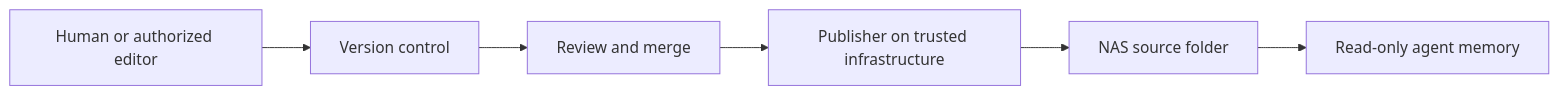
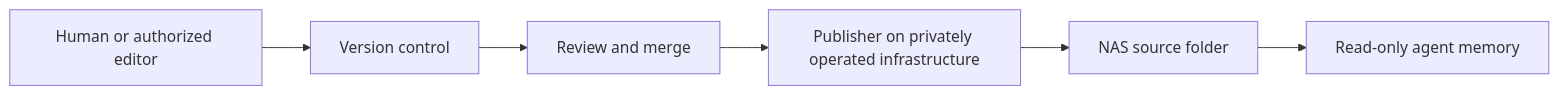
One commit to starodubtsevconsulting/ai-fleas changed the third of 6 diagrams in notes/articles/2026-09-19-a-folder-is-not-a-permission-boundary.md. Above: the diagram before and after it, drawn with Mermaid. The commit also changed other lines of this file, not shown here.

````diff
--- a/notes/articles/2026-09-19-a-folder-is-not-a-permission-boundary.md
+++ b/notes/articles/2026-09-19-a-folder-is-not-a-permission-boundary.md
@@ -71,8 +71,8 @@
 ```mermaid
 flowchart LR
     E[Human or authorized editor] --> G[Version control]
     G --> R[Review and merge]
-    R --> U[Publisher on trusted infrastructure]
+    R --> U[Publisher on privately operated infrastructure]
     U --> N[NAS source folder]
     N --> M[Read-only agent memory]
 ```
````
